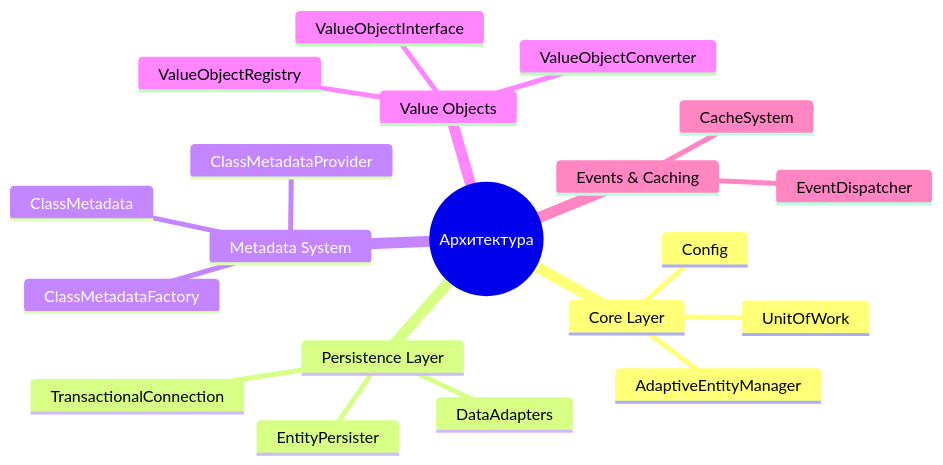
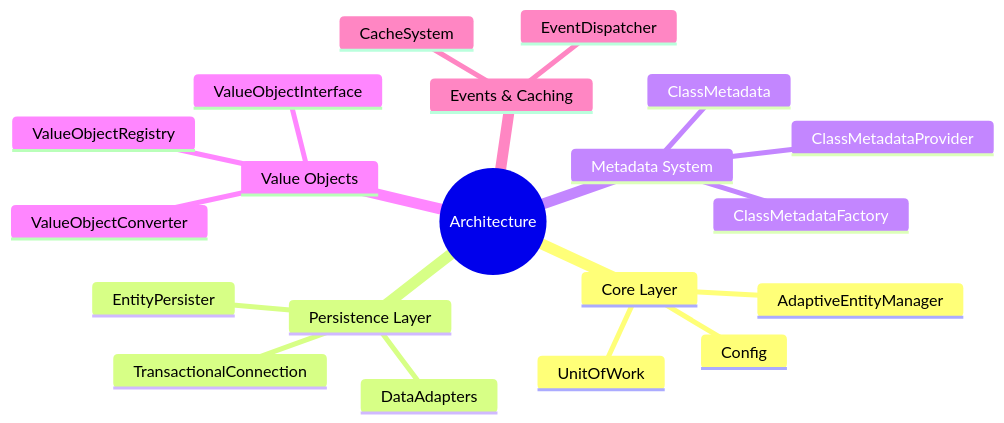
The first of 3 diagrams in docs/DIAGRAMS_INDEX.md (kabiroman/adaptive-entity-manager), drawn with Mermaid before and after one commit. The commit also changed other lines of this file and 7 other files, not shown here.

````diff
--- a/docs/DIAGRAMS_INDEX.md
+++ b/docs/DIAGRAMS_INDEX.md
@@ -22,23 +24,23 @@
 ```mermaid
 mindmap
-  root((Архитектура))
+  root((Architecture))
     Core Layer
       AdaptiveEntityManager
       UnitOfWork
       Config
     Persistence Layer
       EntityPersister
       DataAdapters
       TransactionalConnection
     Metadata System
       ClassMetadataFactory
       ClassMetadataProvider
       ClassMetadata
     Value Objects
       ValueObjectInterface
       ValueObjectConverter
       ValueObjectRegistry
     Events & Caching
       EventDispatcher
       CacheSystem
 ```
````
